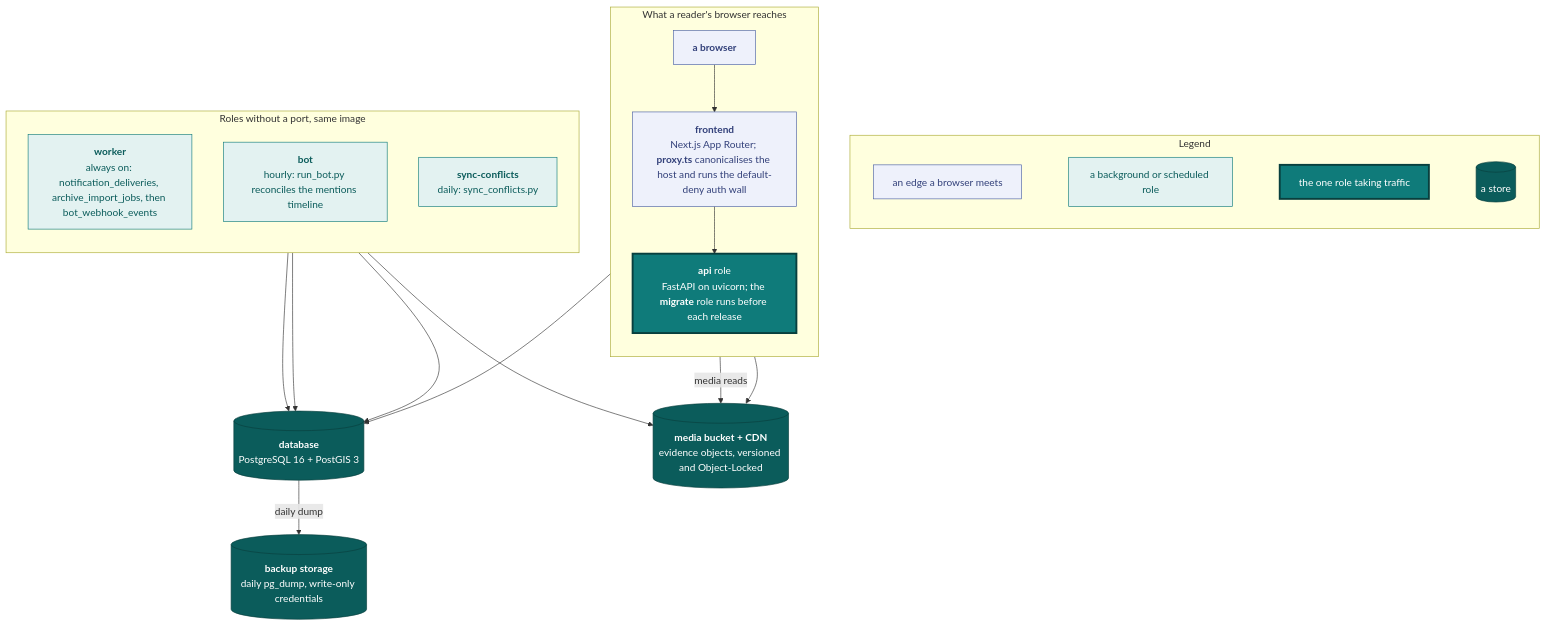
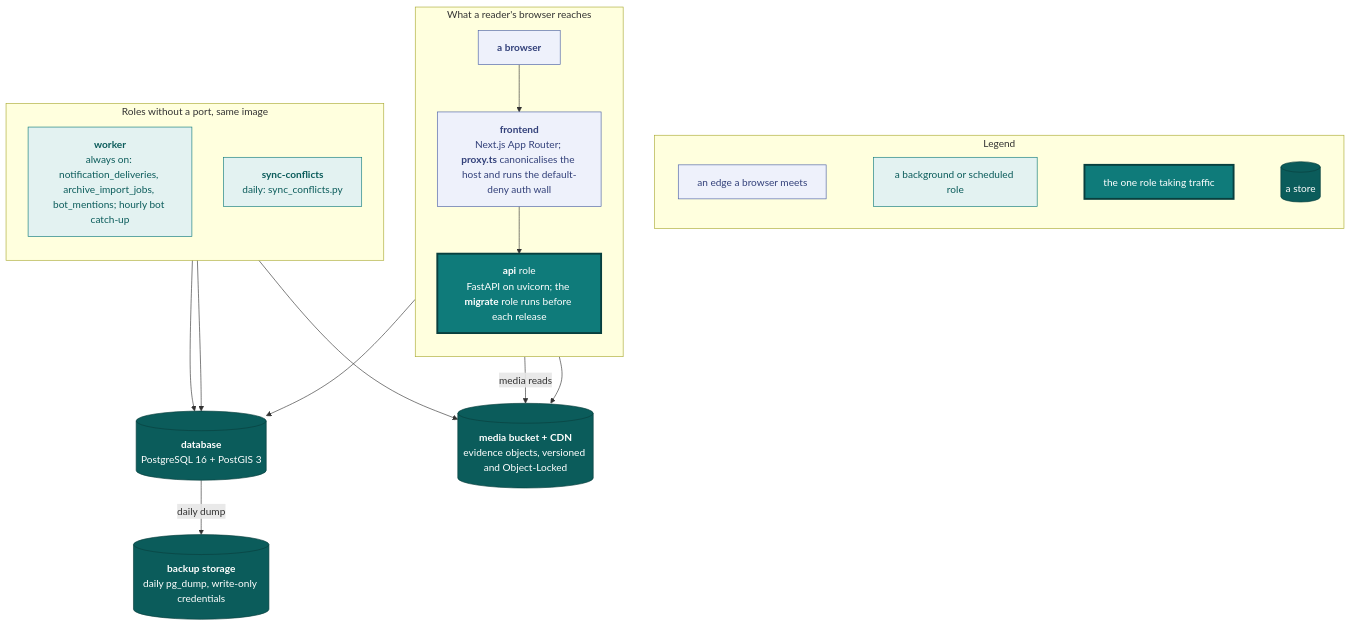
Before and after one commit to vidithq/vidit: the first of 5 diagrams in docs/engineering.md, drawn with Mermaid. The commit also changed other lines of this file and 4 other files, not shown here.

Commit message:
docs: describe the one bot table and the catch-up in the worker

````diff
--- a/docs/engineering.md
+++ b/docs/engineering.md
@@ -5,52 +5,49 @@
 ```mermaid
 flowchart TB
   classDef spec fill:#eef1fb,stroke:#4a5fa5,color:#33417a
   classDef shared fill:#e3f2f1,stroke:#0f7b7a,color:#0b5c5b
   classDef core fill:#0f7b7a,stroke:#083f3e,stroke-width:3px,color:#ffffff
   classDef store fill:#0b5c5b,stroke:#083f3e,color:#ffffff
 
   subgraph legend [Legend]
     direction LR
     l1["`an edge a browser meets`"]:::spec
     l2["`a background or scheduled role`"]:::shared
     l3["`the one role taking traffic`"]:::core
     l4[("`a store`")]:::store
     l1 ~~~ l2 ~~~ l3 ~~~ l4
   end
 
   subgraph traffic [What a reader's browser reaches]
     direction TB
     reader["`**a browser**`"]:::spec
     front["`**frontend**
     Next.js App Router; **proxy.ts** canonicalises the host and runs the default-deny auth wall`"]:::spec
     api["`**api** role
     FastAPI on uvicorn; the **migrate** role runs before each release`"]:::core
     reader --> front --> api
   end
 
   subgraph sched [Roles without a port, same image]
     direction TB
     worker["`**worker**
-    always on: notification_deliveries, archive_import_jobs, then bot_webhook_events`"]:::shared
-    bot["`**bot**
-    hourly: run_bot.py reconciles the mentions timeline`"]:::shared
+    always on: notification_deliveries, archive_import_jobs, bot_mentions; hourly bot catch-up`"]:::shared
     conf["`**sync-conflicts**
     daily: sync_conflicts.py`"]:::shared
   end
 
   db[("`**database**
   PostgreSQL 16 + PostGIS 3`")]:::store
   s3[("`**media bucket + CDN**
   evidence objects, versioned and Object-Locked`")]:::store
   bak[("`**backup storage**
   daily pg_dump, write-only credentials`")]:::store
 
   reader -- "media reads" --> s3
   api --> db
   api --> s3
   worker --> db
-  bot --> db
   conf --> db
   worker --> s3
   db -- "daily dump" --> bak
 ```
````
